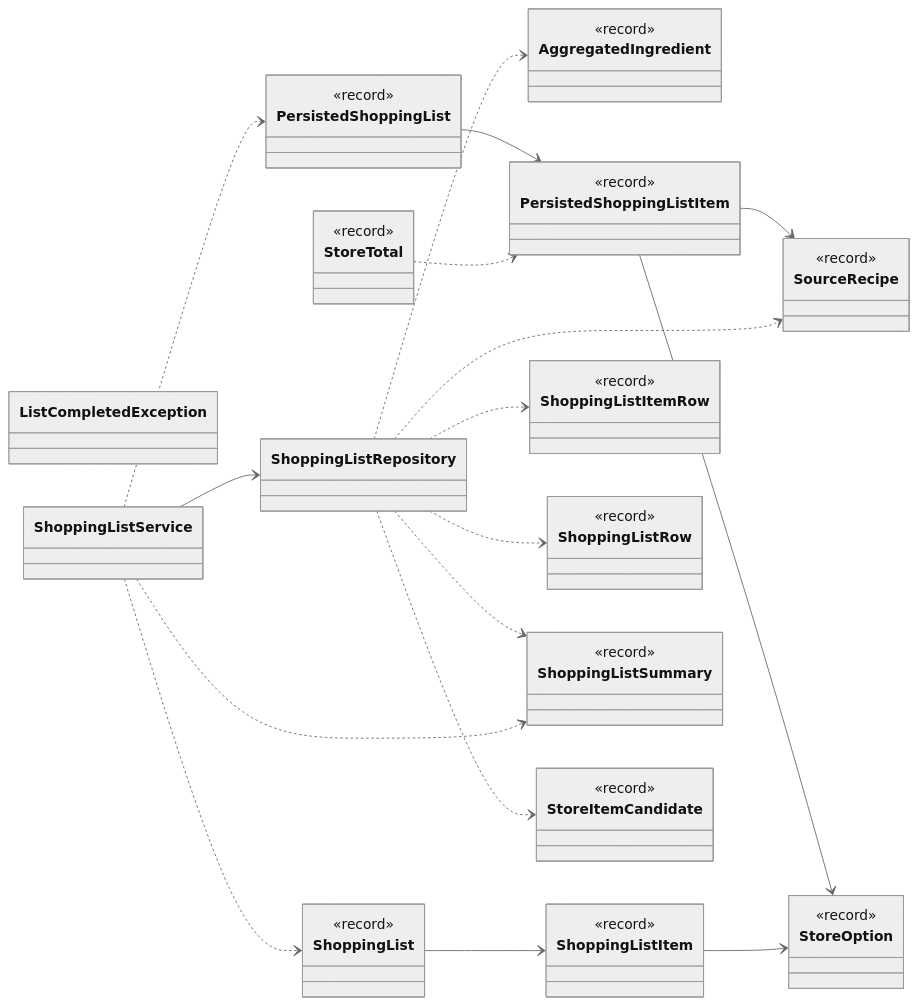
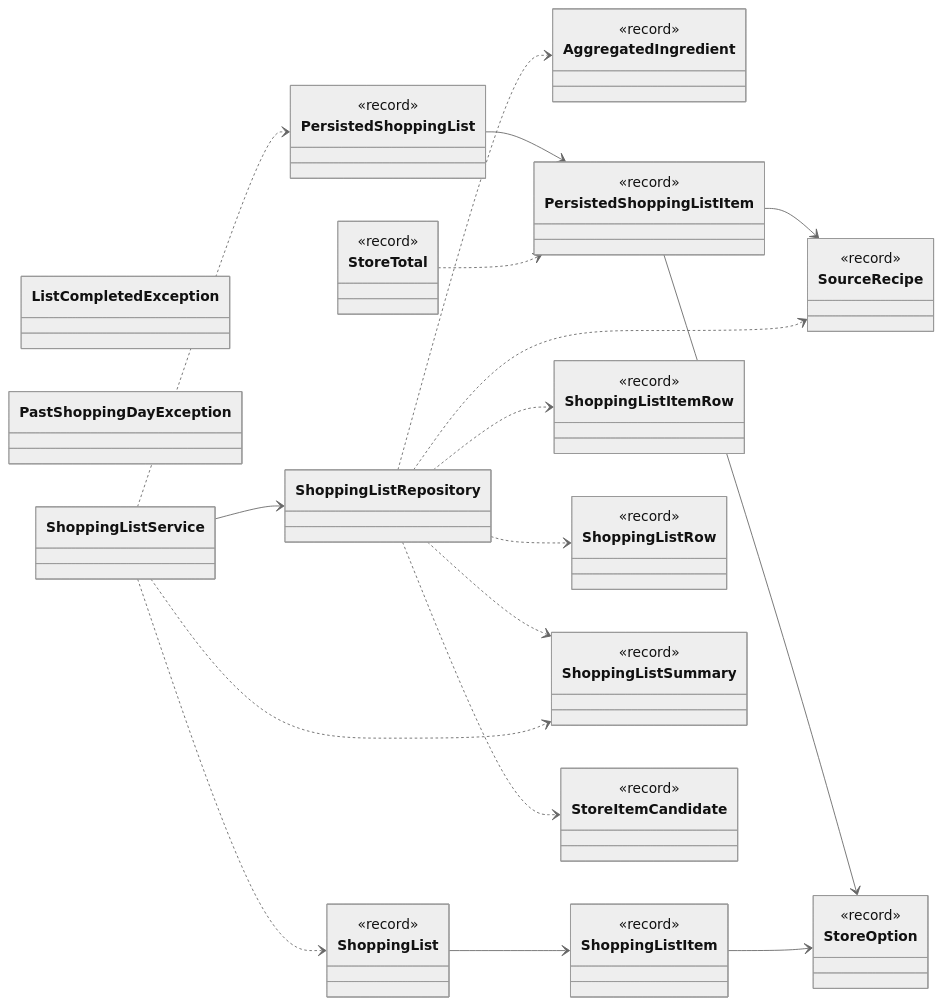
One commit to Nate-ryan-7690/dahaem changed the first of 17 diagrams in docs/classes/shopping.md. Above: the diagram before and after it, drawn with Mermaid (neutral theme). The commit also changed other lines of this file and 4 other files, not shown here.

````diff
--- a/docs/classes/shopping.md
+++ b/docs/classes/shopping.md
@@ -11,59 +11,60 @@
 ```mermaid
 classDiagram
     direction LR
     class shopping_AggregatedIngredient["AggregatedIngredient"] {
         <<record>>
     }
     class shopping_ListCompletedException["ListCompletedException"]
+    class shopping_PastShoppingDayException["PastShoppingDayException"]
     class shopping_PersistedShoppingList["PersistedShoppingList"] {
         <<record>>
     }
     class shopping_PersistedShoppingListItem["PersistedShoppingListItem"] {
         <<record>>
     }
     class shopping_ShoppingList["ShoppingList"] {
         <<record>>
     }
     class shopping_ShoppingListItem["ShoppingListItem"] {
         <<record>>
     }
     class shopping_ShoppingListItemRow["ShoppingListItemRow"] {
         <<record>>
     }
     class shopping_ShoppingListRepository["ShoppingListRepository"]
     class shopping_ShoppingListRow["ShoppingListRow"] {
         <<record>>
     }
     class shopping_ShoppingListService["ShoppingListService"]
     class shopping_ShoppingListSummary["ShoppingListSummary"] {
         <<record>>
     }
     class shopping_SourceRecipe["SourceRecipe"] {
         <<record>>
     }
     class shopping_StoreItemCandidate["StoreItemCandidate"] {
         <<record>>
     }
     class shopping_StoreOption["StoreOption"] {
         <<record>>
     }
     class shopping_StoreTotal["StoreTotal"] {
         <<record>>
     }
     shopping_PersistedShoppingList --> shopping_PersistedShoppingListItem
     shopping_PersistedShoppingListItem --> shopping_SourceRecipe
     shopping_PersistedShoppingListItem --> shopping_StoreOption
     shopping_ShoppingList --> shopping_ShoppingListItem
     shopping_ShoppingListItem --> shopping_StoreOption
     shopping_ShoppingListRepository ..> shopping_AggregatedIngredient
     shopping_ShoppingListRepository ..> shopping_StoreItemCandidate
     shopping_ShoppingListRepository ..> shopping_ShoppingListRow
     shopping_ShoppingListRepository ..> shopping_ShoppingListItemRow
     shopping_ShoppingListRepository ..> shopping_SourceRecipe
     shopping_ShoppingListRepository ..> shopping_ShoppingListSummary
     shopping_ShoppingListService --> shopping_ShoppingListRepository
     shopping_ShoppingListService ..> shopping_ShoppingList
     shopping_ShoppingListService ..> shopping_PersistedShoppingList
     shopping_ShoppingListService ..> shopping_ShoppingListSummary
     shopping_StoreTotal ..> shopping_PersistedShoppingListItem
 ```
````
